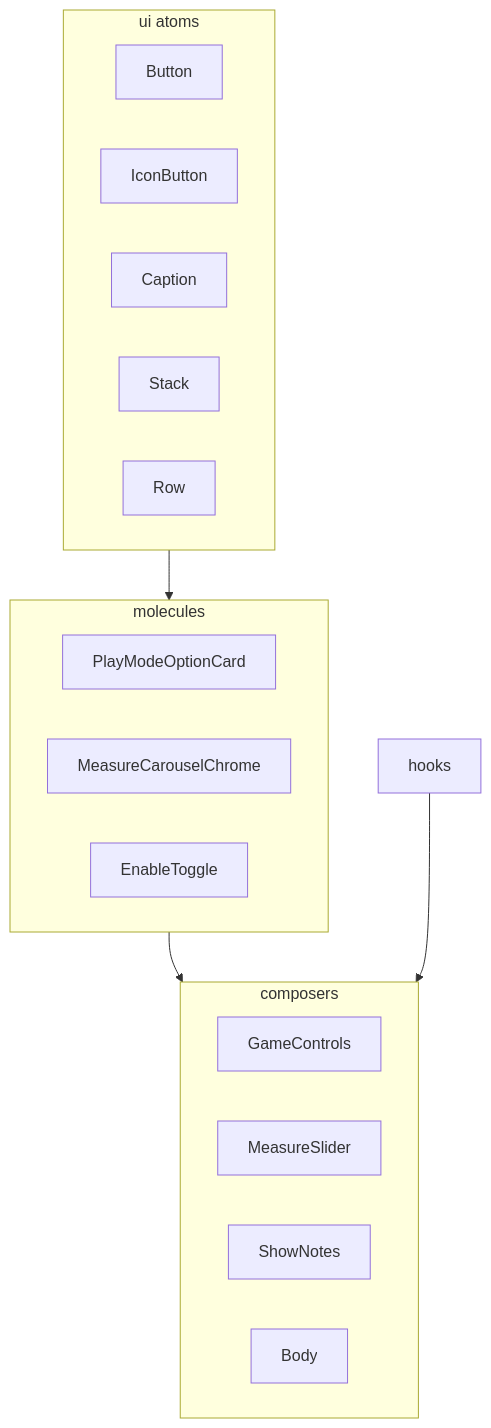
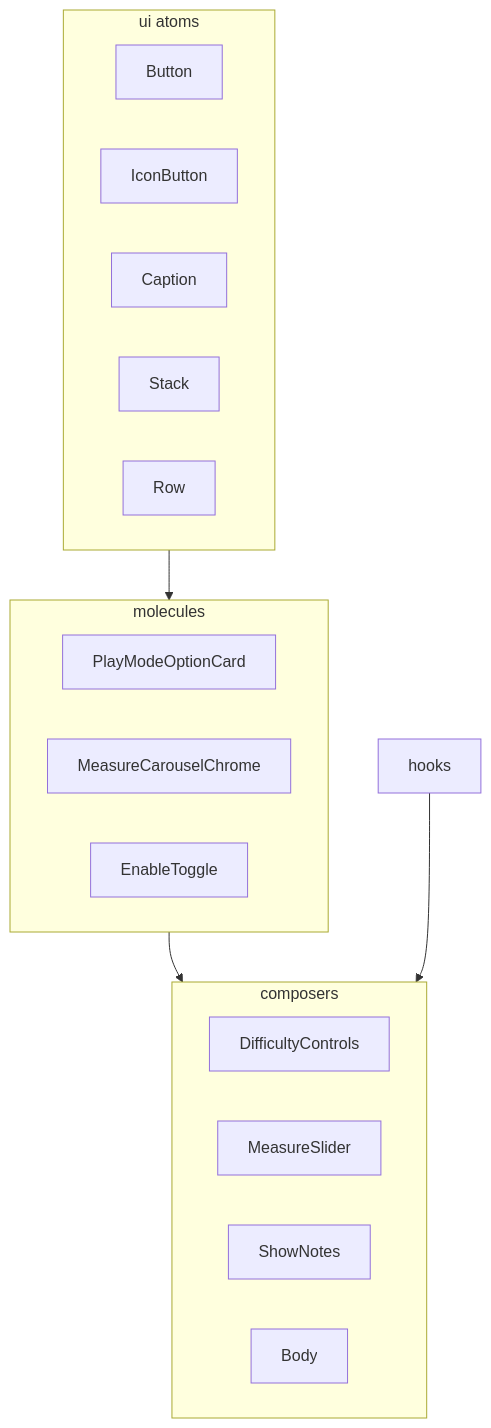
Before and after one commit to kylemichaelsullivan/poison-rhythm: the first of 3 diagrams in documentation/ARCHITECTURE.md, drawn with Mermaid. The commit also changed other lines of this file and 6 other files, not shown here.

````diff
--- a/documentation/ARCHITECTURE.md
+++ b/documentation/ARCHITECTURE.md
@@ -9,24 +9,24 @@
 ```mermaid
 flowchart TB
   subgraph atoms [ui atoms]
     Button
     IconButton
     Caption
     Stack
     Row
   end
   subgraph molecules [molecules]
     PlayModeOptionCard
     MeasureCarouselChrome
     EnableToggle
   end
   subgraph composers [composers]
-    GameControls
+    DifficultyControls
     MeasureSlider
     ShowNotes
     Body
   end
   hooks[hooks]
   atoms --> molecules --> composers
   hooks --> composers
 ```
````
